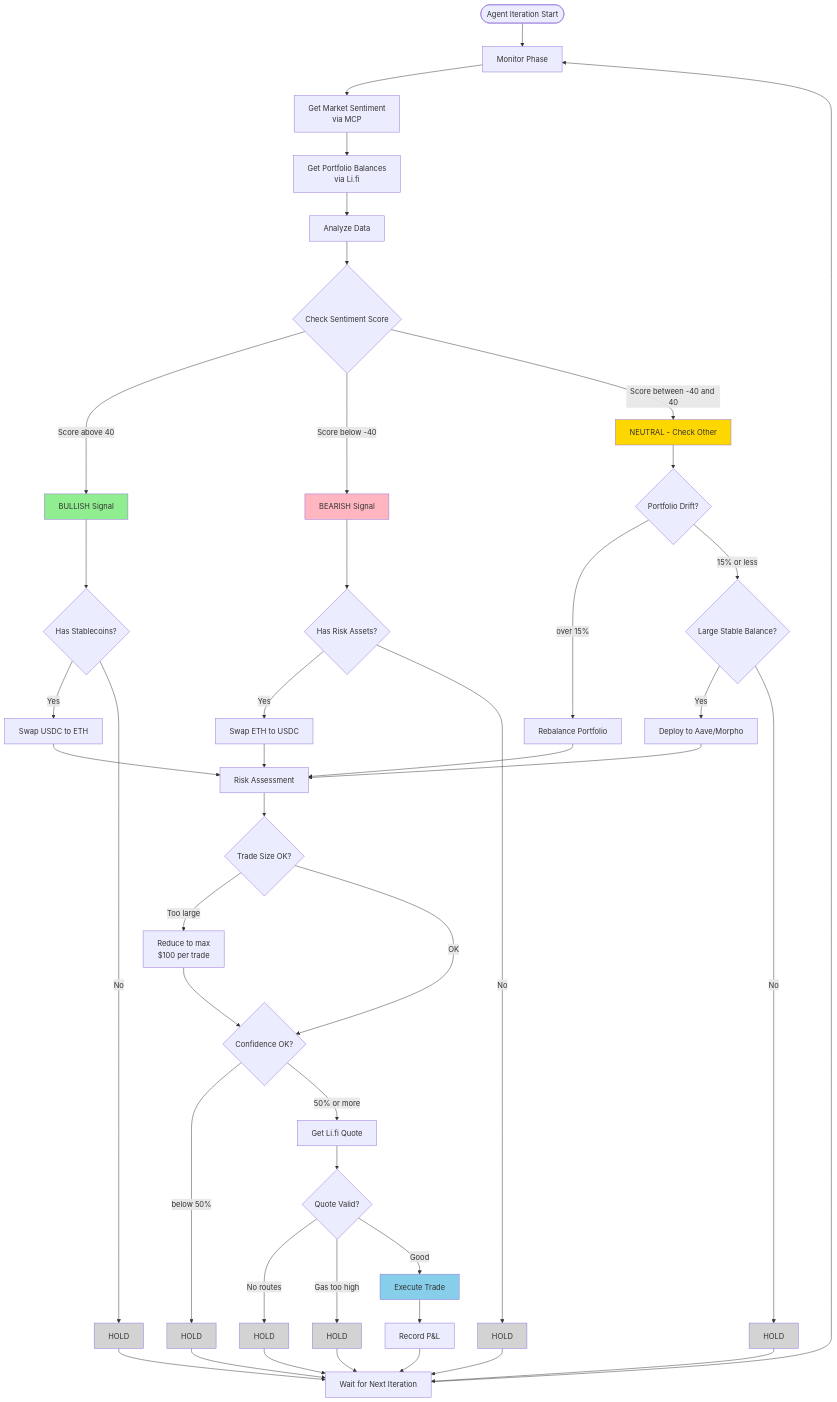
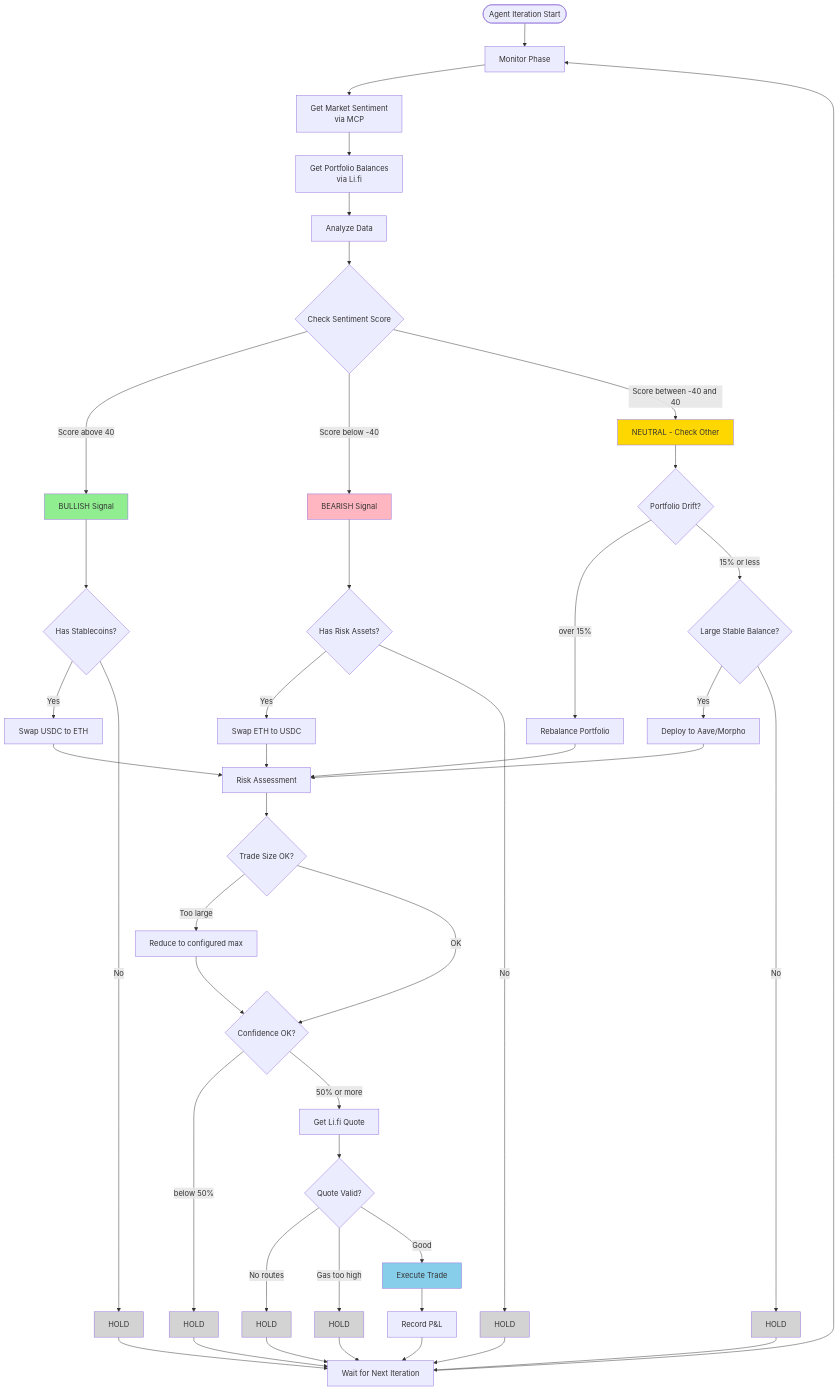
The fifth of 8 diagrams in docs/HACKATHON-FLOWS.md (vhspace/eXpress402), drawn with Mermaid before and after one commit. The commit also changed other lines of this file and 35 other files, not shown here.

````diff
--- a/docs/HACKATHON-FLOWS.md
+++ b/docs/HACKATHON-FLOWS.md
@@ -344,70 +340,70 @@
 ```mermaid
 flowchart TB
     Start([Agent Iteration Start]) --> Monitor[Monitor Phase]
     
     Monitor --> GetSentiment[Get Market Sentiment<br/>via MCP]
     GetSentiment --> GetPortfolio[Get Portfolio Balances<br/>via Li.fi]
     GetPortfolio --> Analyze[Analyze Data]
     
     Analyze --> CheckSentiment{Check Sentiment Score}
     
     CheckSentiment -->|Score above 40| Bullish[BULLISH Signal]
     CheckSentiment -->|Score below -40| Bearish[BEARISH Signal]
     CheckSentiment -->|Score between -40 and 40| Neutral[NEUTRAL - Check Other]
     
     Bullish --> HasStables{Has Stablecoins?}
     HasStables -->|Yes| BullishTrade[Swap USDC to ETH]
     HasStables -->|No| Hold1[HOLD]
     
     Bearish --> HasRisk{Has Risk Assets?}
     HasRisk -->|Yes| BearishTrade[Swap ETH to USDC]
     HasRisk -->|No| Hold2[HOLD]
     
     Neutral --> CheckDrift{Portfolio Drift?}
     CheckDrift -->|over 15%| Rebalance[Rebalance Portfolio]
     CheckDrift -->|15% or less| CheckYield{Large Stable Balance?}
     
     CheckYield -->|Yes| Yield[Deploy to Aave/Morpho]
     CheckYield -->|No| Hold3[HOLD]
     
     BullishTrade --> RiskCheck[Risk Assessment]
     BearishTrade --> RiskCheck
     Rebalance --> RiskCheck
     Yield --> RiskCheck
     
     RiskCheck --> SizeCheck{Trade Size OK?}
-    SizeCheck -->|Too large| AdjustSize[Reduce to max<br/>$100 per trade]
+    SizeCheck -->|Too large| AdjustSize[Reduce to configured max]
     SizeCheck -->|OK| ConfCheck{Confidence OK?}
     
     AdjustSize --> ConfCheck
     ConfCheck -->|below 50%| Hold4[HOLD]
     ConfCheck -->|50% or more| GetQuote[Get Li.fi Quote]
     
     GetQuote --> QuoteOK{Quote Valid?}
     QuoteOK -->|No routes| Hold5[HOLD]
     QuoteOK -->|Gas too high| Hold6[HOLD]
     QuoteOK -->|Good| Execute[Execute Trade]
     
     Execute --> Record[Record P&L]
     Record --> Wait[Wait for Next Iteration]
     
     Hold1 --> Wait
     Hold2 --> Wait
     Hold3 --> Wait
     Hold4 --> Wait
     Hold5 --> Wait
     Hold6 --> Wait
     
     Wait --> Monitor
     
     style Bullish fill:#90EE90
     style Bearish fill:#FFB6C1
     style Neutral fill:#FFD700
     style Execute fill:#87CEEB
     style Hold1 fill:#D3D3D3
     style Hold2 fill:#D3D3D3
     style Hold3 fill:#D3D3D3
     style Hold4 fill:#D3D3D3
     style Hold5 fill:#D3D3D3
     style Hold6 fill:#D3D3D3
 ```
````
